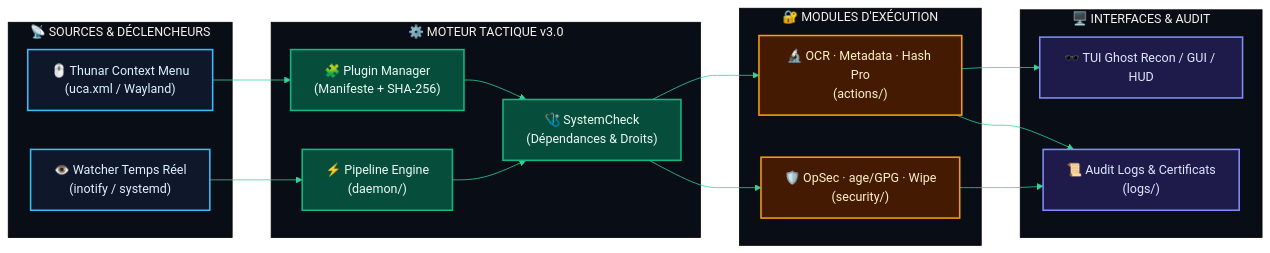
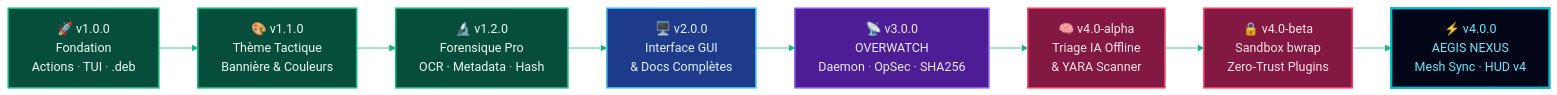
Before and after one commit to teremuhamblin/ThunarLE: the first of 3 diagrams in README.md, drawn with Mermaid. The commit also changed other lines of this file, not shown here.

````diff
--- a/README.md
+++ b/README.md
@@ -83,55 +79,32 @@
 ```mermaid
 %%{init: {
   'theme': 'base',
   'themeVariables': {
     'primaryColor': '#0f172a',
-    'primaryTextColor': '#ecfdf5',
-    'primaryBorderColor': '#10b981',
-    'lineColor': '#34d399',
-    'secondaryColor': '#1e293b',
-    'tertiaryColor': '#090d16',
-    'fontFamily': 'monospace'
+    'primaryTextColor': '#f8fafc',
+    'primaryBorderColor': '#06b6d4',
+    'lineColor': '#10b981',
+    'fontFamily': 'JetBrains Mono, monospace'
   }
 }}%%
 flowchart LR
-    subgraph INPUT["📡 SOURCES & DÉCLENCHEURS"]
-        TH["🖱️ Thunar Context Menu<br/>(uca.xml / Wayland)"]
-        IN["👁️ Watcher Temps Réel<br/>(inotify / systemd)"]
-    end
+    V10["🚀 v1.0.0<br/>Fondation<br/>Actions · TUI · .deb"] --> V11["🎨 v1.1.0<br/>Thème Tactique<br/>Bannière & Couleurs"]
+    V11 --> V12["🔬 v1.2.0<br/>Forensique Pro<br/>OCR · Metadata · Hash"]
+    V12 --> V20["🖥️ v2.0.0<br/>Interface GUI<br/>& Docs Complètes"]
+    V20 --> V30["📡 v3.0.0<br/>OVERWATCH<br/>Daemon · OpSec · SHA256"]
+    V30 --> V4A["🧠 v4.0-alpha<br/>Triage IA Offline<br/>& YARA Scanner"]
+    V4A --> V4B["🔒 v4.0-beta<br/>Sandbox bwrap<br/>Zero-Trust Plugins"]
+    V4B --> V40["⚡ v4.0.0<br/>AEGIS NEXUS<br/>Mesh Sync · HUD v4"]
 
-    subgraph CORE["⚙️ MOTEUR TACTIQUE v3.0"]
-        DM["⚡ Pipeline Engine<br/>(daemon/)"]
-        PM["🧩 Plugin Manager<br/>(Manifeste + SHA-256)"]
-        SC["🩺 SystemCheck<br/>(Dépendances & Droits)"]
-    end
+    classDef era1 fill:#064e3b,stroke:#10b981,stroke-width:2px,color:#ecfdf5;
+    classDef era2 fill:#1e3a8a,stroke:#38bdf8,stroke-width:2px,color:#e0f2fe;
+    classDef era3 fill:#4c1d95,stroke:#8b5cf6,stroke-width:2px,color:#ede9fe;
+    classDef era4 fill:#831843,stroke:#f43f5e,stroke-width:2px,color:#ffe4e6;
+    classDef apex fill:#020617,stroke:#06b6d4,stroke-width:3px,color:#67e8f9;
 
-    subgraph OPS["🔐 MODULES D'EXÉCUTION"]
-        ACT["🔬 OCR · Metadata · Hash Pro<br/>(actions/)"]
-        SEC["🛡️ OpSec · age/GPG · Wipe<br/>(security/)"]
-    end
-
-    subgraph OUT["🖥️ INTERFACES & AUDIT"]
-        UI["🕶️ TUI Ghost Recon / GUI / HUD"]
-        LOG["📜 Audit Logs & Certificats<br/>(logs/)"]
-    end
-
-    TH --> PM
-    IN --> DM
-    DM --> SC
-    PM --> SC
-    SC --> ACT
-    SC --> SEC
-    ACT --> UI
-    SEC --> LOG
-    ACT --> LOG
-
-    classDef trigger fill:#0f172a,stroke:#38bdf8,stroke-width:2px,color:#e0f2fe;
-    classDef engine fill:#064e3b,stroke:#10b981,stroke-width:2px,color:#ecfdf5;
-    classDef opsec fill:#451a03,stroke:#f59e0b,stroke-width:2px,color:#fef3c7;
-    classDef output fill:#1e1b4b,stroke:#818cf8,stroke-width:2px,color:#e0e7ff;
-
-    class TH,IN trigger;
-    class DM,PM,SC engine;
-    class ACT,SEC opsec;
-    class UI,LOG output;
+    class V10,V11,V12 era1;
+    class V20 era2;
+    class V30 era3;
+    class V4A,V4B era4;
+    class V40 apex;
 ```
````
